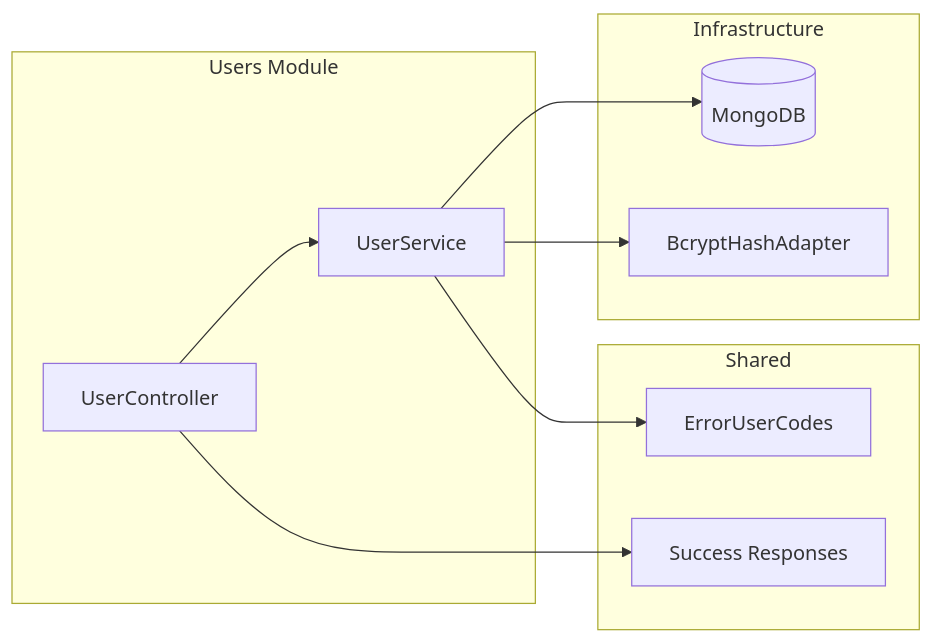
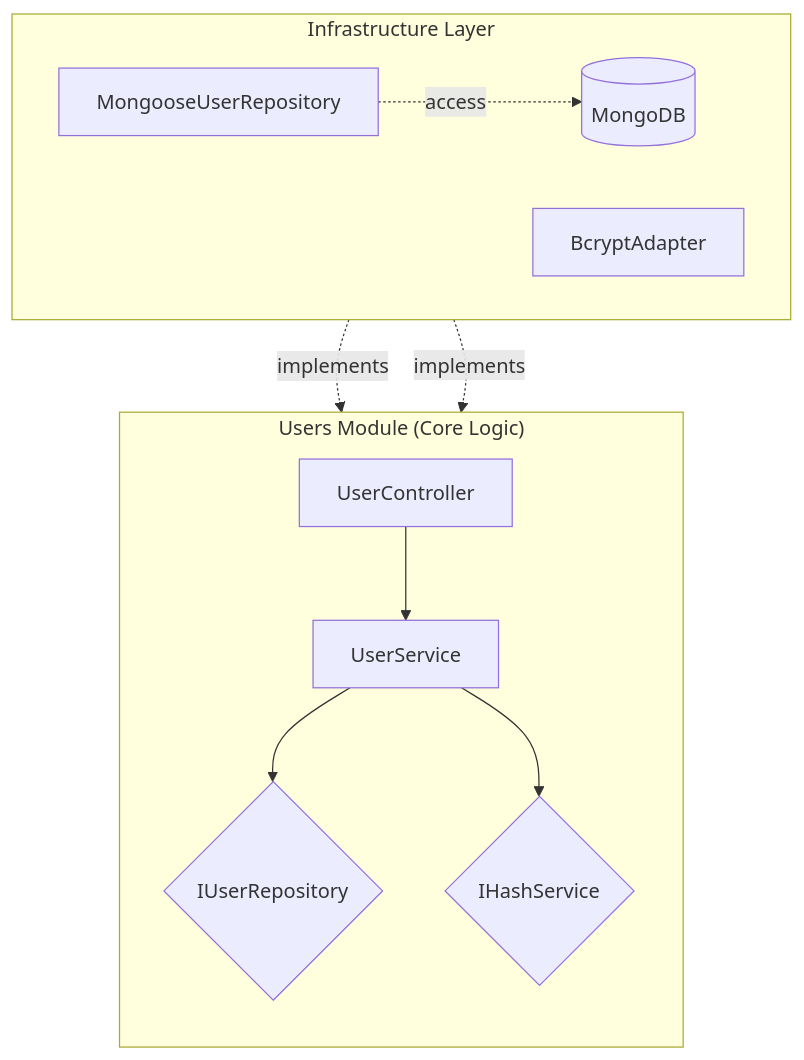
One commit to SangHynh/atomecom changed the first of 8 diagrams in server/src/modules/users/README.md. Above: the diagram before and after it, drawn with Mermaid. The commit also changed other lines of this file and 1 other file, not shown here.

Commit message:
docs: fix dependencies diagrams in users module and auth module

````diff
--- a/server/src/modules/users/README.md
+++ b/server/src/modules/users/README.md
@@ -31,20 +30,29 @@
 ```mermaid
-flowchart LR
-    subgraph Users["Users Module"]
+flowchart TD
+    subgraph Core["Users Module (Core Logic)"]
+        direction TB
+        UC[UserController]
         US[UserService]
-        UC[UserController]
+        UR{IUserRepository}
+        IHS{IHashService}
     end
-    subgraph Shared["Shared"]
-        ERR[ErrorUserCodes]
-        RES[Success Responses]
+
+    subgraph Infra["Infrastructure Layer"]
+        direction LR
+        MUR[MongooseUserRepository]
+        BHA[BcryptAdapter]
+        DB[(MongoDB)]
     end
-    subgraph Infra["Infrastructure"]
-        MONGO[(MongoDB)]
-        BCRYPT[BcryptHashAdapter]
-    end
+
+    %% Main business flow
     UC --> US
-    US --> MONGO
-    US --> BCRYPT
-    US --> ERR
-    UC --> RES
+    US --> UR
+    US --> IHS
+
+    %% Dependency Inversion (Realization)
+    MUR -. "implements" .-> UR
+    BHA -. "implements" .-> IHS
+
+    %% External Data Access
+    MUR -. "access" .-> DB
 ```
````
